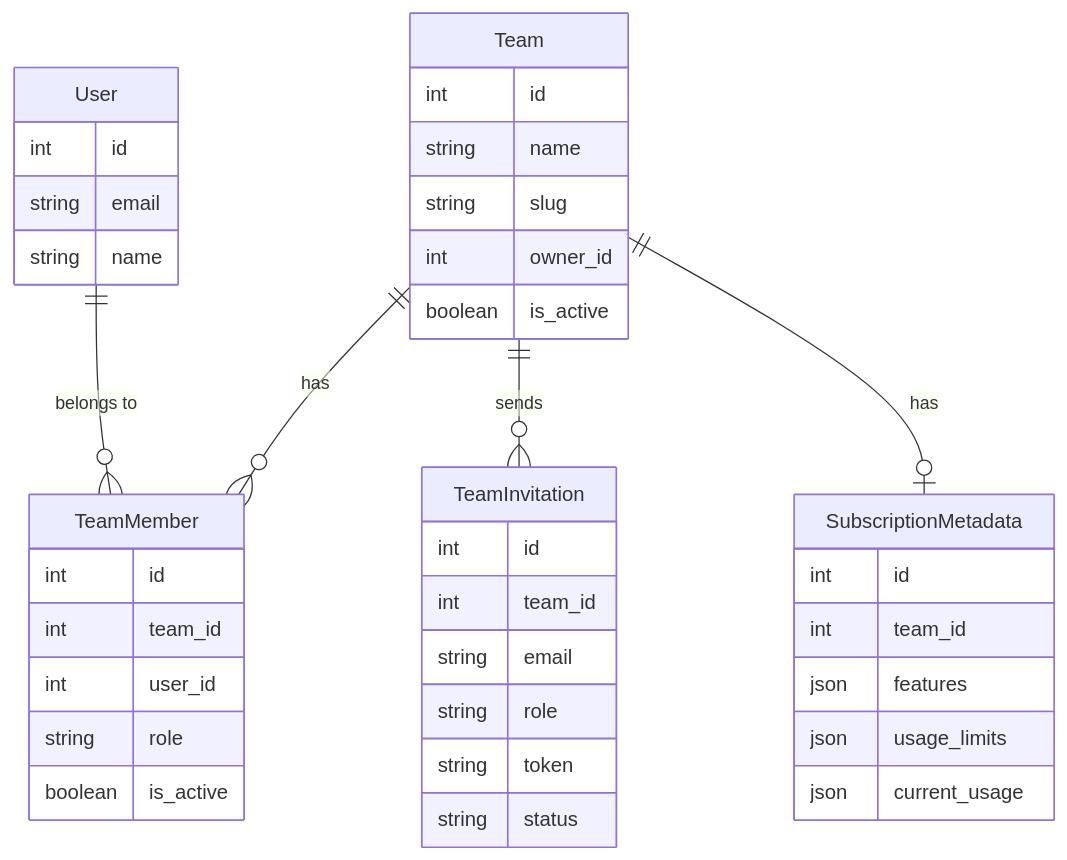
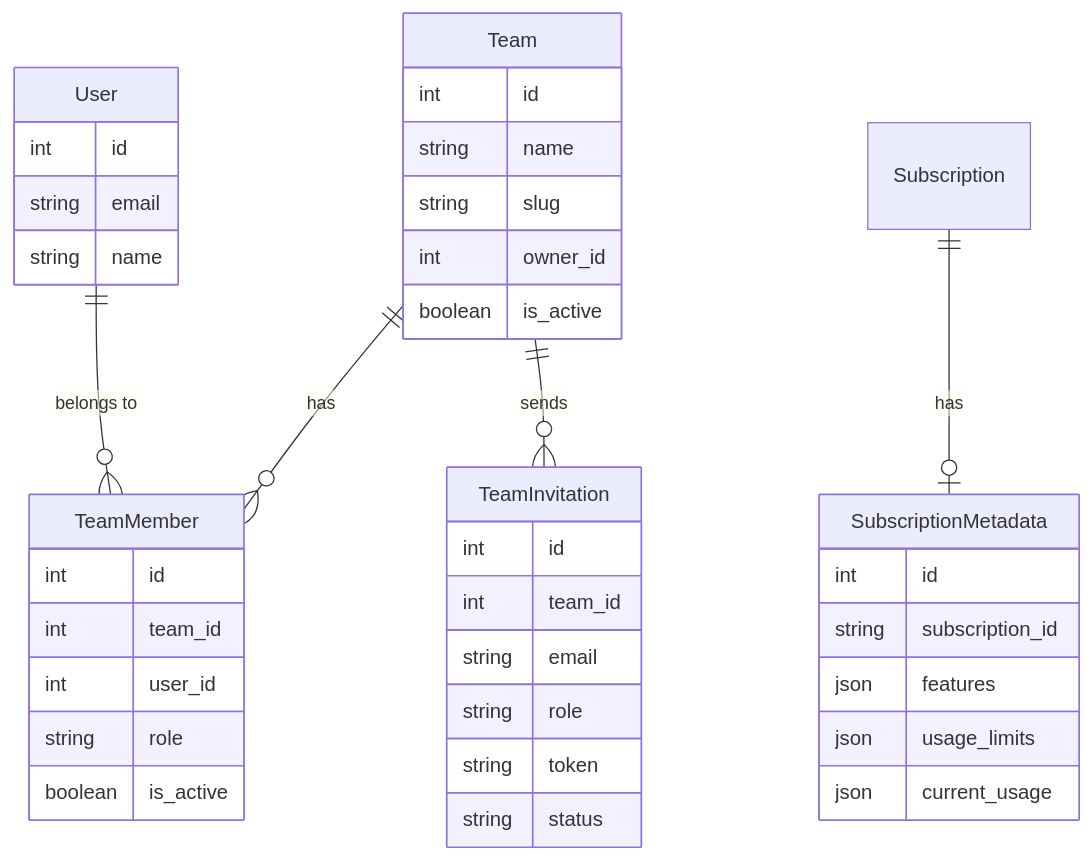
One commit to CuriousLearner/django-keel changed the first of 2 diagrams in docs/saas/overview.md. Above: the diagram before and after it, drawn with Mermaid. The commit also changed other lines of this file and 27 other files, not shown here.

````diff
--- a/docs/saas/overview.md
+++ b/docs/saas/overview.md
@@ -145,46 +147,46 @@
 ```mermaid
 erDiagram
     User ||--o{ TeamMember : "belongs to"
     Team ||--o{ TeamMember : "has"
     Team ||--o{ TeamInvitation : "sends"
-    Team ||--o| SubscriptionMetadata : "has"
+    Subscription ||--o| SubscriptionMetadata : "has"
 
     User {
         int id
         string email
         string name
     }
 
     Team {
         int id
         string name
         string slug
         int owner_id
         boolean is_active
     }
 
     TeamMember {
         int id
         int team_id
         int user_id
         string role
         boolean is_active
     }
 
     TeamInvitation {
         int id
         int team_id
         string email
         string role
         string token
         string status
     }
 
     SubscriptionMetadata {
         int id
-        int team_id
+        string subscription_id
         json features
         json usage_limits
         json current_usage
     }
 ```
````
